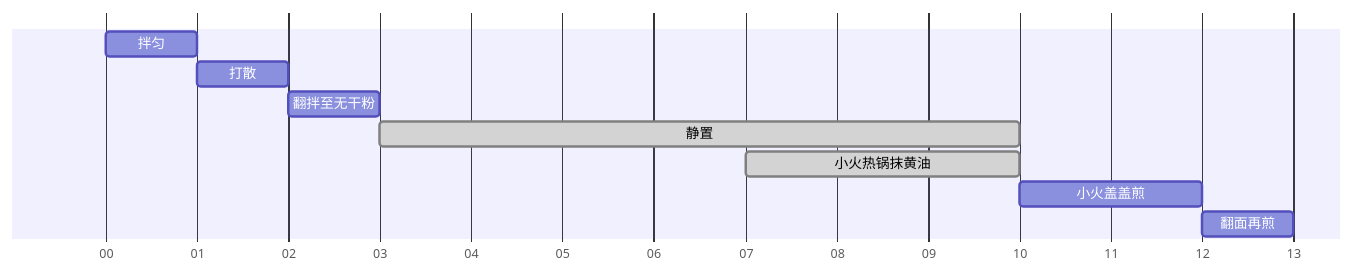
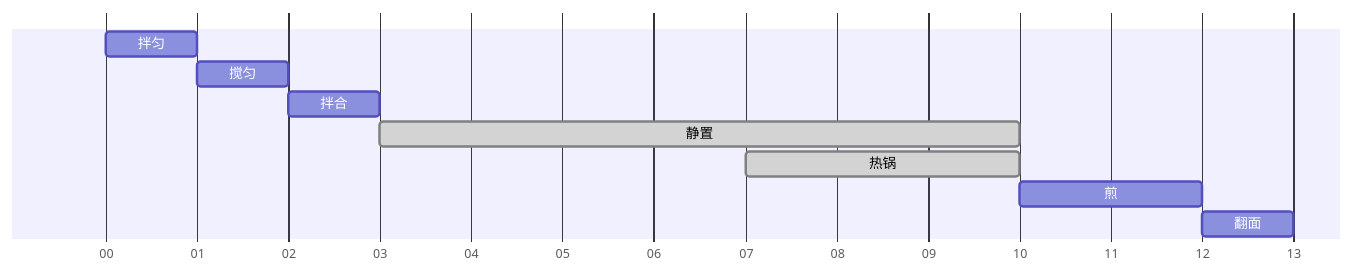
The diagram in recipes/breakfast/protein-pancake.md (kangaroologist-ai/recipes), drawn with Mermaid before and after one commit. The commit also changed other lines of this file and 16 other files, not shown here.

First line of the commit message:
One-verb steps, timeline-like sub-columns, recipe-card frame

````diff
--- a/recipes/breakfast/protein-pancake.md
+++ b/recipes/breakfast/protein-pancake.md
@@ -11,13 +11,13 @@
 ```mermaid
 gantt
 dateFormat mm
 axisFormat %M
 todayMarker off
   拌匀 :dry, 00, 1m
-  打散 :wet, 01, 1m
-  翻拌至无干粉 :mix, 02, 1m
+  搅匀 :wet, 01, 1m
+  拌合 :mix, 02, 1m
   静置 :done, rest, 03, 7m
-  小火热锅抹黄油 :done, heat, 07, 3m
-  小火盖盖煎 :fry, 10, 2m
-  翻面再煎 :flip, 12, 1m
+  热锅 :done, heat, 07, 3m
+  煎 :fry, 10, 2m
+  翻面 :flip, 12, 1m
 ```
````
